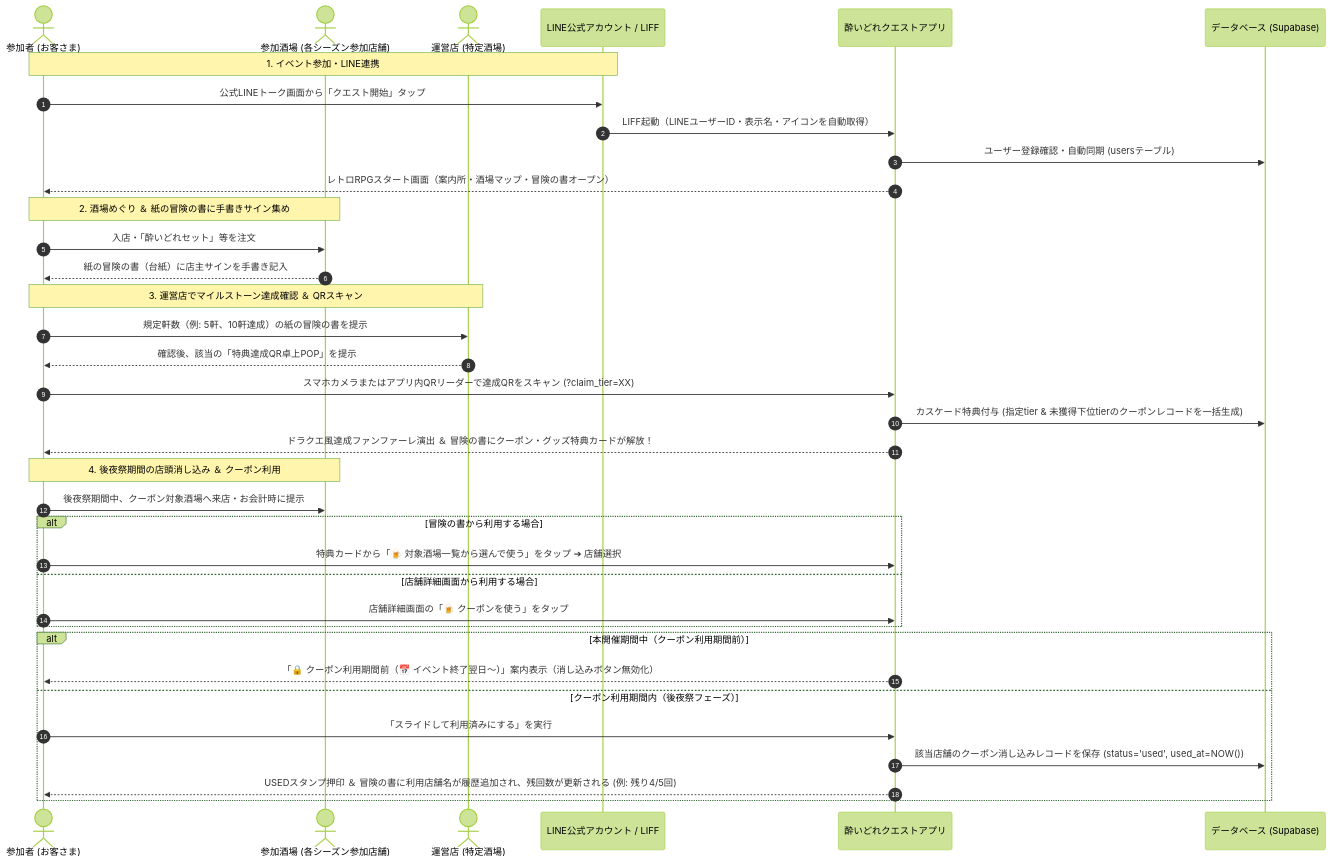
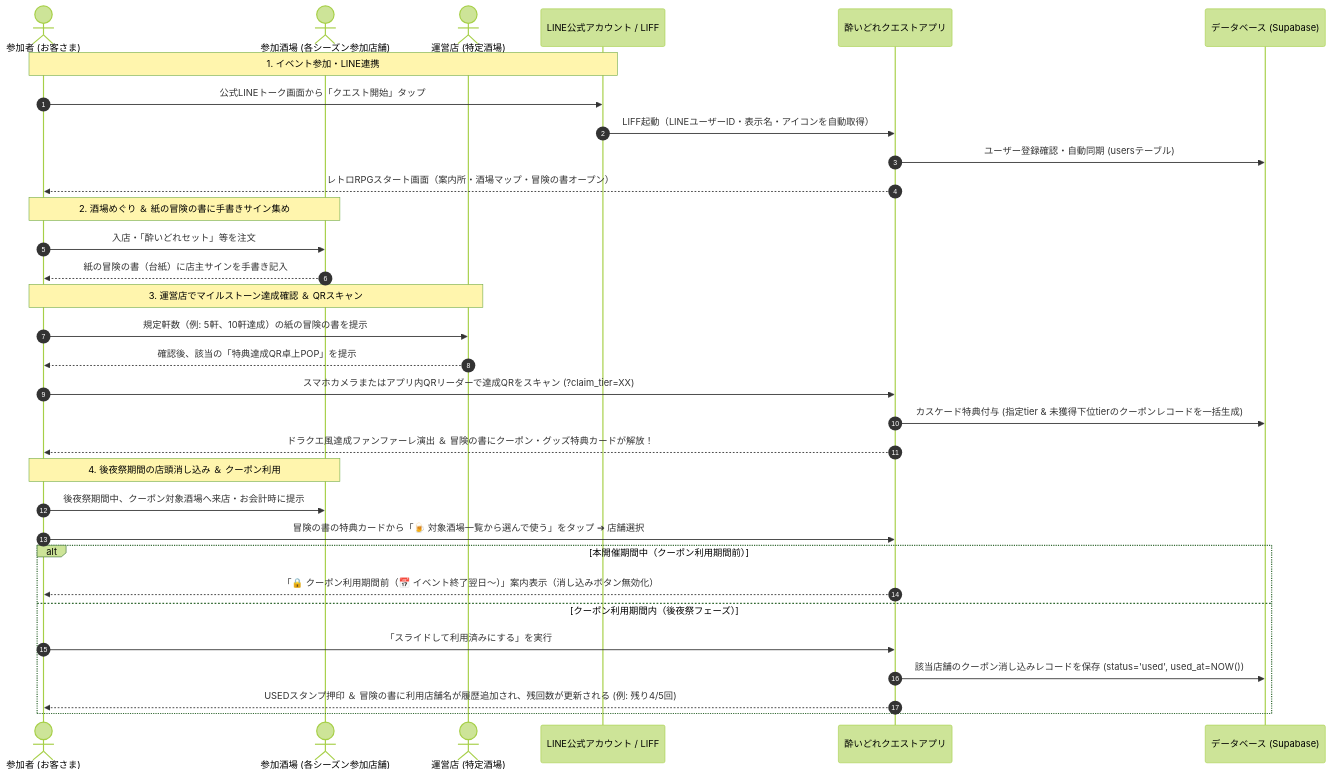
The second of 5 diagrams in doc/SPECIFICATION.md (taishoyoidore-ui/yoidore-quest2), drawn with Mermaid (forest theme) before and after one commit. The commit also changed other lines of this file and 7 other files, not shown here.

````diff
--- a/doc/SPECIFICATION.md
+++ b/doc/SPECIFICATION.md
@@ -111,42 +111,38 @@
 ```mermaid
 sequenceDiagram
     autonumber
     actor User as 参加者 (お客さま)
     actor Shop as 参加酒場 (各シーズン参加店舗)
     actor OpsShop as 運営店 (特定酒場)
     participant LINE as LINE公式アカウント / LIFF
     participant App as 酔いどれクエストアプリ
     participant DB as データベース (Supabase)
 
     Note over User, LINE: 1. イベント参加・LINE連携
     User->>LINE: 公式LINEトーク画面から「クエスト開始」タップ
     LINE->>App: LIFF起動（LINEユーザーID・表示名・アイコンを自動取得）
     App->>DB: ユーザー登録確認・自動同期 (usersテーブル)
     App-->>User: レトロRPGスタート画面（案内所・酒場マップ・冒険の書オープン）
 
     Note over User, Shop: 2. 酒場めぐり ＆ 紙の冒険の書に手書きサイン集め
     User->>Shop: 入店・「酔いどれセット」等を注文
     Shop-->>User: 紙の冒険の書（台紙）に店主サインを手書き記入
 
     Note over User, OpsShop: 3. 運営店でマイルストーン達成確認 ＆ QRスキャン
     User->>OpsShop: 規定軒数（例: 5軒、10軒達成）の紙の冒険の書を提示
     OpsShop-->>User: 確認後、該当の「特典達成QR卓上POP」を提示
     User->>App: スマホカメラまたはアプリ内QRリーダーで達成QRをスキャン (?claim_tier=XX)
     App->>DB: カスケード特典付与 (指定tier & 未獲得下位tierのクーポンレコードを一括生成)
     App-->>User: ドラクエ風達成ファンファーレ演出 ＆ 冒険の書にクーポン・グッズ特典カードが解放！
 
     Note over User, Shop: 4. 後夜祭期間の店頭消し込み ＆ クーポン利用
     User->>Shop: 後夜祭期間中、クーポン対象酒場へ来店・お会計時に提示
-    alt 冒険の書から利用する場合
-        User->>App: 特典カードから「🍺 対象酒場一覧から選んで使う」をタップ ➔ 店舗選択
-    else 店舗詳細画面から利用する場合
-        User->>App: 店舗詳細画面の「🍺 クーポンを使う」をタップ
-    end
+    User->>App: 冒険の書の特典カードから「🍺 対象酒場一覧から選んで使う」をタップ ➔ 店舗選択
     alt 本開催期間中（クーポン利用期間前）
         App-->>User: 「🔒 クーポン利用期間前（📅 イベント終了翌日〜）」案内表示（消し込みボタン無効化）
     else クーポン利用期間内（後夜祭フェーズ）
         User->>App: 「スライドして利用済みにする」を実行
         App->>DB: 該当店舗のクーポン消し込みレコードを保存 (status='used', used_at=NOW())
         App-->>User: USEDスタンプ押印 ＆ 冒険の書に利用店舗名が履歴追加され、残回数が更新される (例: 残り4/5回)
     end
 ```
````
